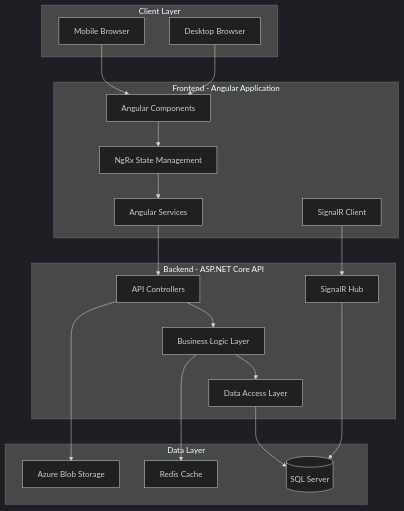
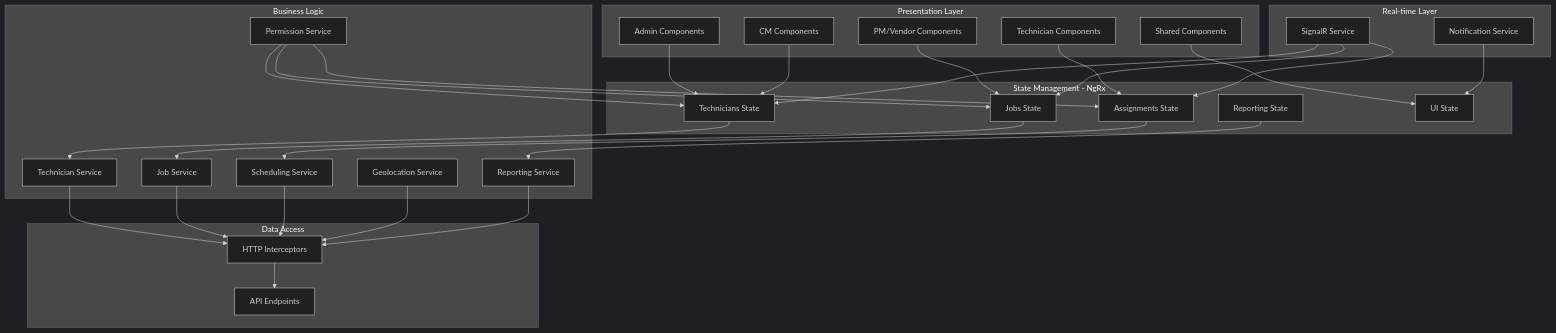
One commit to Tuckett45/sri-frontend changed the first of 4 diagrams in .kiro/specs/field-resource-management/design.md. Above: the diagram before and after it, drawn with Mermaid (dark theme). The commit also changed other lines of this file and 449 other files, not shown here.

````diff
--- a/.kiro/specs/field-resource-management/design.md
+++ b/.kiro/specs/field-resource-management/design.md
@@ -43,40 +13,65 @@
 ```mermaid
 graph TB
-    subgraph "Client Layer"
-        Mobile[Mobile Browser]
-        Desktop[Desktop Browser]
+    subgraph "Presentation Layer"
+        A[Admin Components]
+        B[CM Components]
+        C[PM/Vendor Components]
+        D[Technician Components]
+        E[Shared Components]
     end
     
-    subgraph "Frontend - Angular Application"
-        Components[Angular Components]
-        State[NgRx State Management]
-        Services[Angular Services]
-        SignalRClient[SignalR Client]
+    subgraph "State Management - NgRx"
+        F[Technicians State]
+        G[Jobs State]
+        H[Assignments State]
+        I[Reporting State]
+        J[UI State]
     end
     
-    subgraph "Backend - ASP.NET Core API"
-        Controllers[API Controllers]
-        BusinessLogic[Business Logic Layer]
-        DataAccess[Data Access Layer]
-        SignalRHub[SignalR Hub]
+    subgraph "Business Logic"
+        K[Permission Service]
+        L[Technician Service]
+        M[Job Service]
+        N[Scheduling Service]
+        O[Geolocation Service]
+        P[Reporting Service]
     end
     
-    subgraph "Data Layer"
-        Database[(SQL Server)]
-        BlobStorage[Azure Blob Storage]
-        Cache[Redis Cache]
+    subgraph "Real-time Layer"
+        Q[SignalR Service]
+        R[Notification Service]
     end
     
-    Mobile --> Components
-    Desktop --> Components
-    Components --> State
-    State --> Services
-    Services --> Controllers
-    SignalRClient --> SignalRHub
-    Controllers --> BusinessLogic
-    BusinessLogic --> DataAccess
-    DataAccess --> Database
-    Controllers --> BlobStorage
-    BusinessLogic --> Cache
-    SignalRHub --> Database
+    subgraph "Data Access"
+        S[HTTP Interceptors]
+        T[API Endpoints]
+    end
+    
+    A --> F
+    B --> F
+    C --> G
+    D --> H
+    E --> J
+    
+    F --> L
+    G --> M
+    H --> N
+    I --> P
+    
+    K --> F
+    K --> G
+    K --> H
+    
+    L --> S
+    M --> S
+    N --> S
+    O --> S
+    P --> S
+    
+    Q --> F
+    Q --> G
+    Q --> H
+    R --> J
+    
+    S --> T
 ```
````
